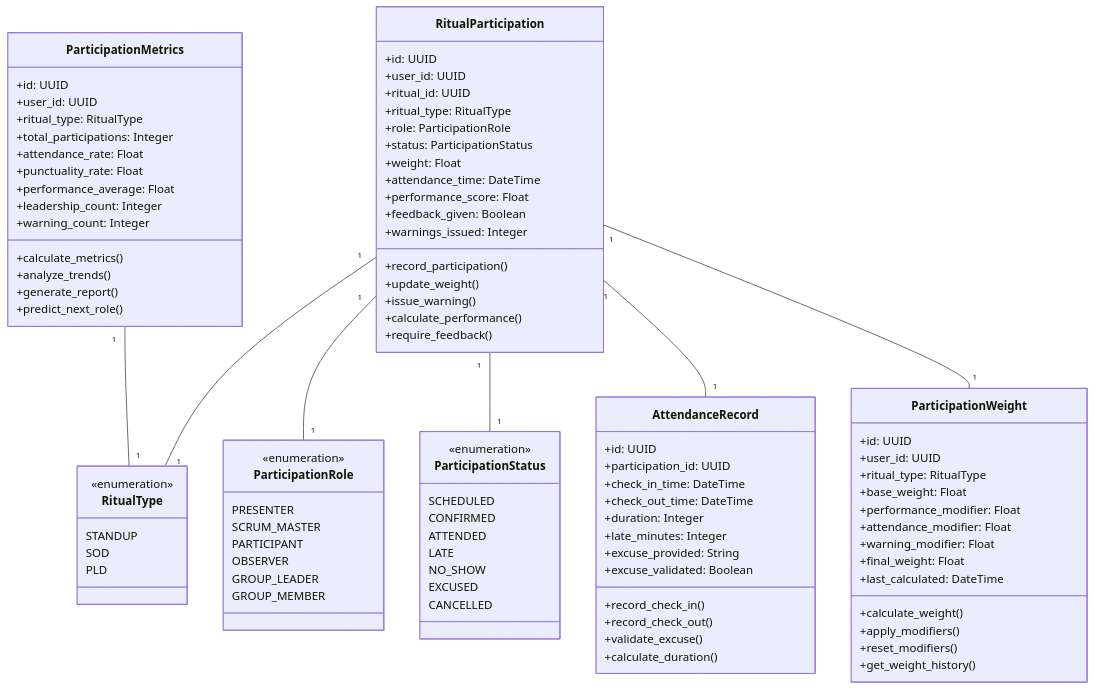
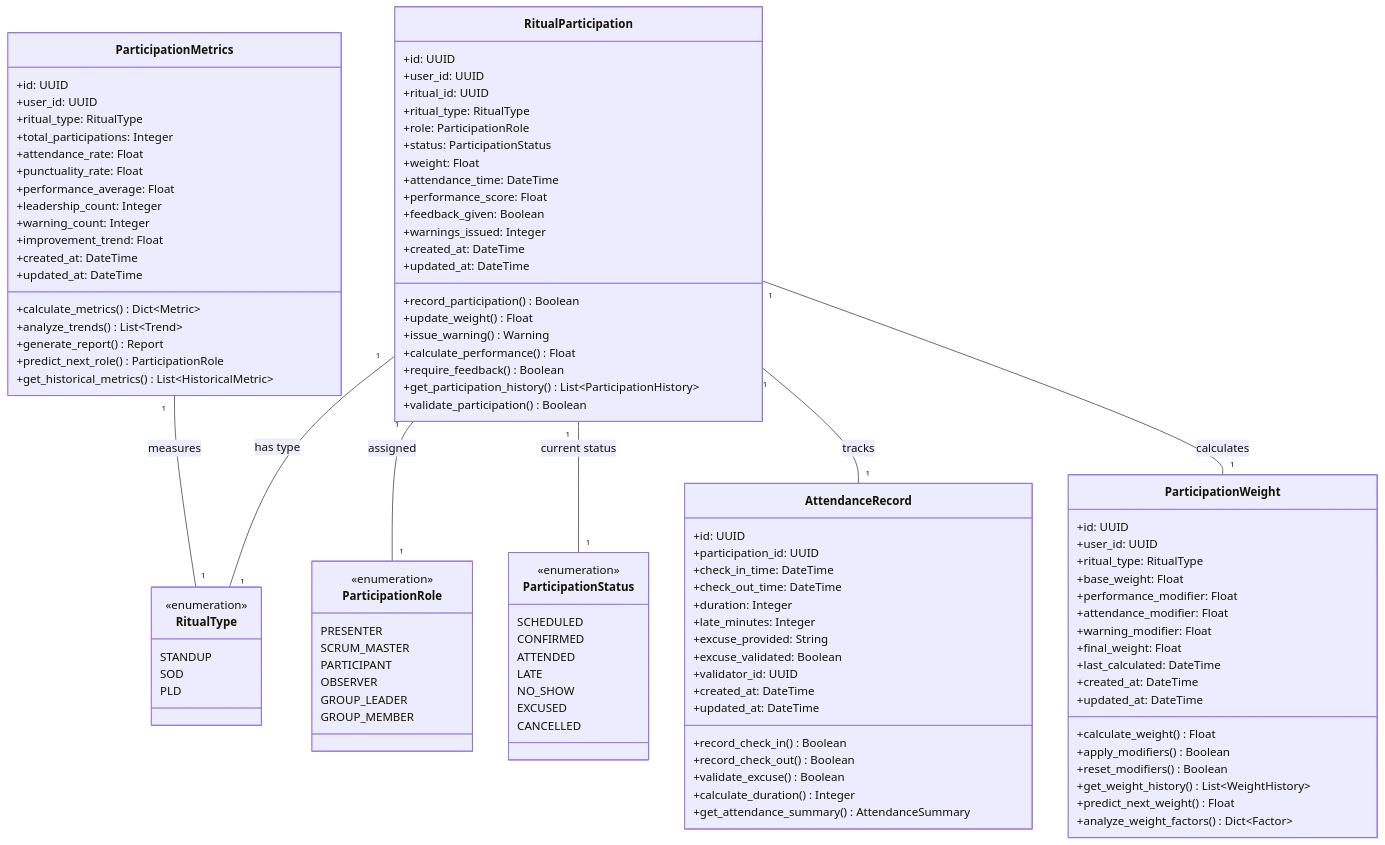
One commit to Noziop/holberton_rituals changed the diagram in docs/uml/participation/participation.mmd. Above: the diagram before and after it, drawn with Mermaid. The commit also changed 8 other files, not shown here.

First line of the commit message:
feat(uml): enhance all diagrams with detailed specifications

```diff
--- a/docs/uml/participation/participation.mmd
+++ b/docs/uml/participation/participation.mmd
@@ -1,101 +1,118 @@
 classDiagram
+    %% Participation Management System
     class RitualParticipation {
         +id: UUID
         +user_id: UUID
         +ritual_id: UUID
         +ritual_type: RitualType
         +role: ParticipationRole
         +status: ParticipationStatus
         +weight: Float
         +attendance_time: DateTime
         +performance_score: Float
         +feedback_given: Boolean
         +warnings_issued: Integer
-        +record_participation()
-        +update_weight()
-        +issue_warning()
-        +calculate_performance()
-        +require_feedback()
+        +created_at: DateTime
+        +updated_at: DateTime
+        +record_participation() Boolean
+        +update_weight() Float
+        +issue_warning() Warning
+        +calculate_performance() Float
+        +require_feedback() Boolean
+        +get_participation_history() List~ParticipationHistory~
+        +validate_participation() Boolean
     }
 
     class RitualType {
         <<enumeration>>
         STANDUP
         SOD
         PLD
     }
 
     class ParticipationRole {
         <<enumeration>>
         PRESENTER
         SCRUM_MASTER
         PARTICIPANT
         OBSERVER
         GROUP_LEADER
         GROUP_MEMBER
     }
 
     class ParticipationStatus {
         <<enumeration>>
         SCHEDULED
         CONFIRMED
         ATTENDED
         LATE
         NO_SHOW
         EXCUSED
         CANCELLED
     }
 
     class ParticipationMetrics {
         +id: UUID
         +user_id: UUID
         +ritual_type: RitualType
         +total_participations: Integer
         +attendance_rate: Float
         +punctuality_rate: Float
         +performance_average: Float
         +leadership_count: Integer
         +warning_count: Integer
-        +calculate_metrics()
-        +analyze_trends()
-        +generate_report()
-        +predict_next_role()
+        +improvement_trend: Float
+        +created_at: DateTime
+        +updated_at: DateTime
+        +calculate_metrics() Dict~Metric~
+        +analyze_trends() List~Trend~
+        +generate_report() Report
+        +predict_next_role() ParticipationRole
+        +get_historical_metrics() List~HistoricalMetric~
     }
 
     class AttendanceRecord {
         +id: UUID
         +participation_id: UUID
         +check_in_time: DateTime
         +check_out_time: DateTime
         +duration: Integer
         +late_minutes: Integer
         +excuse_provided: String
         +excuse_validated: Boolean
-        +record_check_in()
-        +record_check_out()
-        +validate_excuse()
-        +calculate_duration()
+        +validator_id: UUID
+        +created_at: DateTime
+        +updated_at: DateTime
+        +record_check_in() Boolean
+        +record_check_out() Boolean
+        +validate_excuse() Boolean
+        +calculate_duration() Integer
+        +get_attendance_summary() AttendanceSummary
     }
 
     class ParticipationWeight {
         +id: UUID
         +user_id: UUID
         +ritual_type: RitualType
         +base_weight: Float
         +performance_modifier: Float
         +attendance_modifier: Float
         +warning_modifier: Float
         +final_weight: Float
         +last_calculated: DateTime
-        +calculate_weight()
-        +apply_modifiers()
-        +reset_modifiers()
-        +get_weight_history()
+        +created_at: DateTime
+        +updated_at: DateTime
+        +calculate_weight() Float
+        +apply_modifiers() Boolean
+        +reset_modifiers() Boolean
+        +get_weight_history() List~WeightHistory~
+        +predict_next_weight() Float
+        +analyze_weight_factors() Dict~Factor~
     }
 
-    RitualParticipation "1" -- "1" RitualType
-    RitualParticipation "1" -- "1" ParticipationRole
-    RitualParticipation "1" -- "1" ParticipationStatus
-    RitualParticipation "1" -- "1" AttendanceRecord
-    RitualParticipation "1" -- "1" ParticipationWeight
-    ParticipationMetrics "1" -- "1" RitualType
+    RitualParticipation "1" -- "1" RitualType : has type
+    RitualParticipation "1" -- "1" ParticipationRole : assigned
+    RitualParticipation "1" -- "1" ParticipationStatus : current status
+    RitualParticipation "1" -- "1" AttendanceRecord : tracks
+    RitualParticipation "1" -- "1" ParticipationWeight : calculates
+    ParticipationMetrics "1" -- "1" RitualType : measures
```
